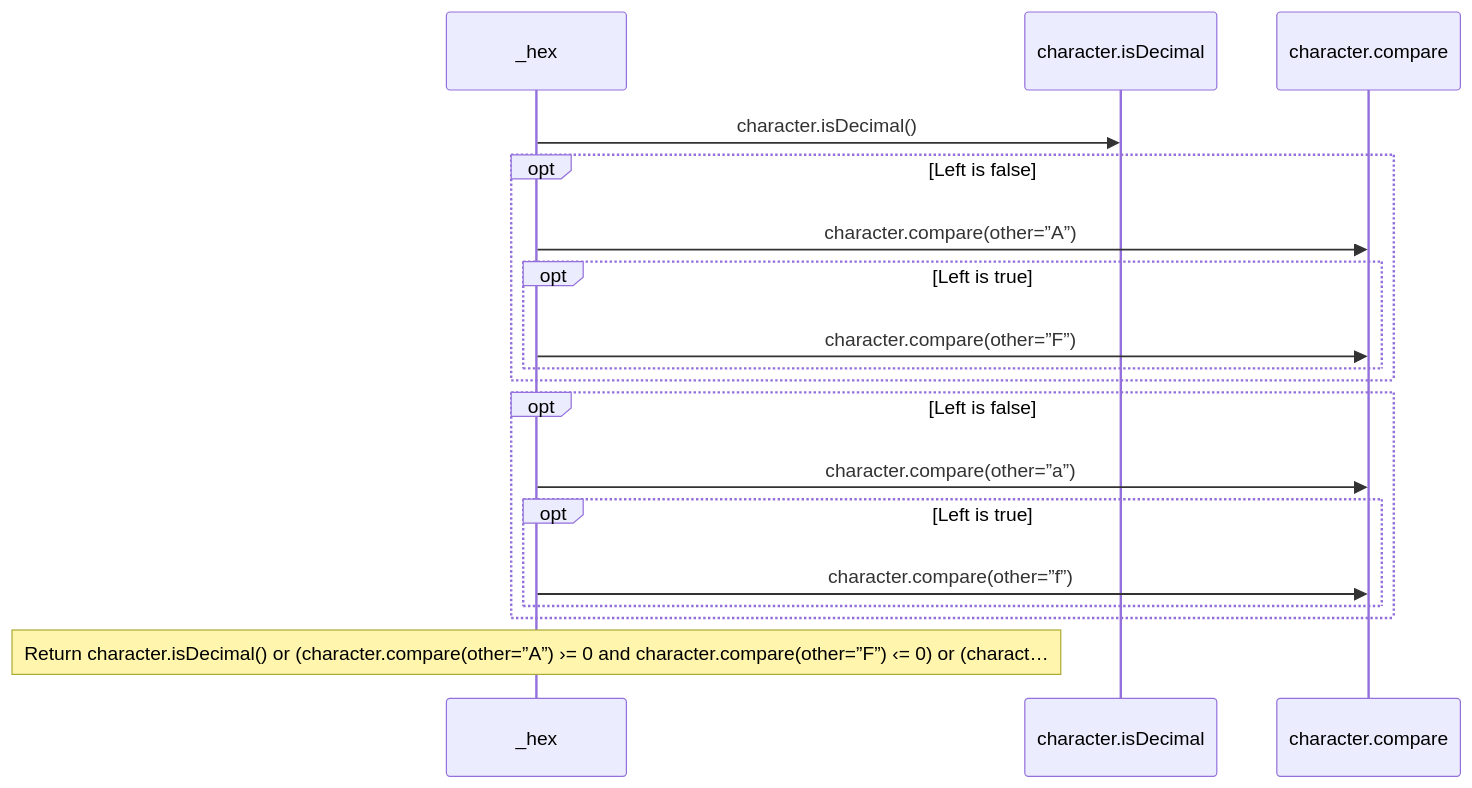
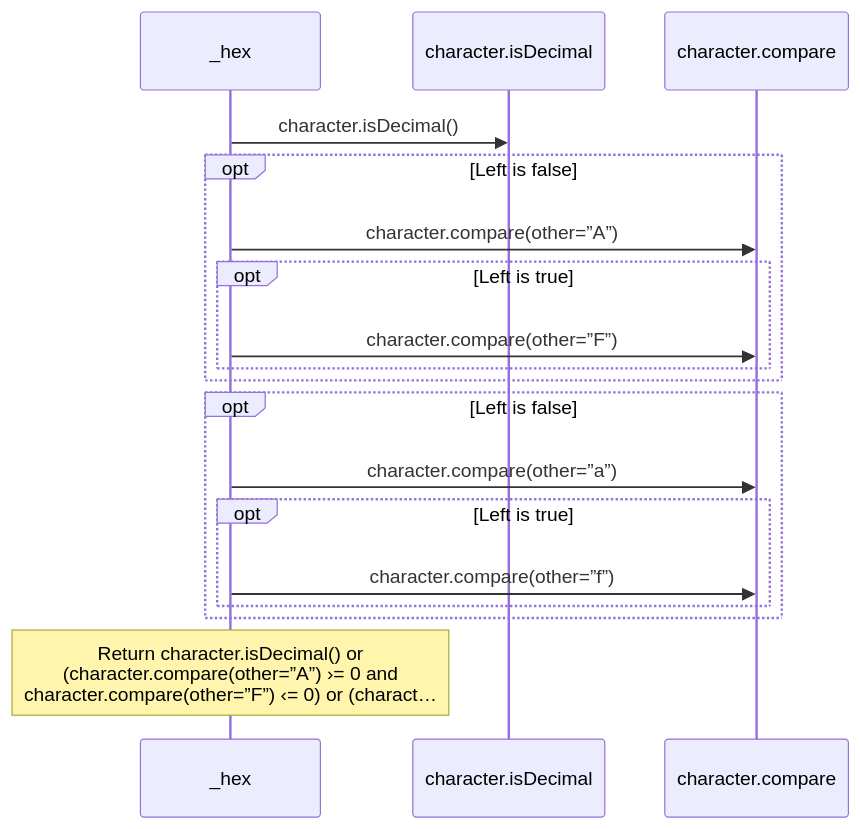
One commit to GreenPandaStudios/augscript changed the tenth of 10 diagrams in src/stdlib/values/urls.aug.diagrams.md. Above: the diagram before and after it, drawn with Mermaid. The commit also changed other lines of this file and 200 other files, not shown here.

Commit message:
Group imported operations and wrap readable sequence messages

````diff
--- a/src/stdlib/values/urls.aug.diagrams.md
+++ b/src/stdlib/values/urls.aug.diagrams.md
@@ -383,20 +344,20 @@
 ```mermaid
 sequenceDiagram
     participant p0 as _hex
     participant p1 as character.isDecimal
     participant p2 as character.compare
     p0->>p1: character.isDecimal()
     opt Left is false
     p0->>p2: character.compare(other=”A”)
     opt Left is true
     p0->>p2: character.compare(other=”F”)
     end
     end
     opt Left is false
     p0->>p2: character.compare(other=”a”)
     opt Left is true
     p0->>p2: character.compare(other=”f”)
     end
     end
-    Note over p0: Return character.isDecimal() or (character.compare(other=”A”) ›= 0 and character.compare(other=”F”) ‹= 0) or (charact…
+    Note over p0: Return character.isDecimal() or<br/>(character.compare(other=”A”) ›= 0 and<br/>character.compare(other=”F”) ‹= 0) or (charact…
 ```
````
